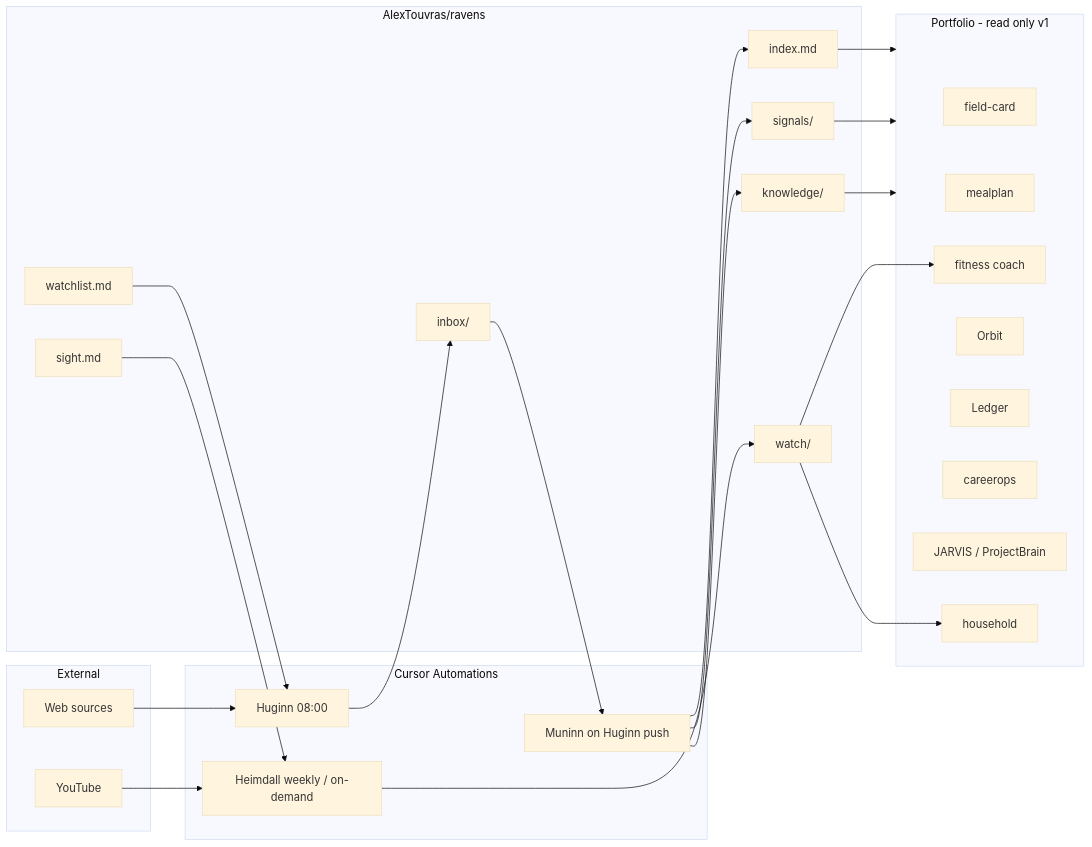
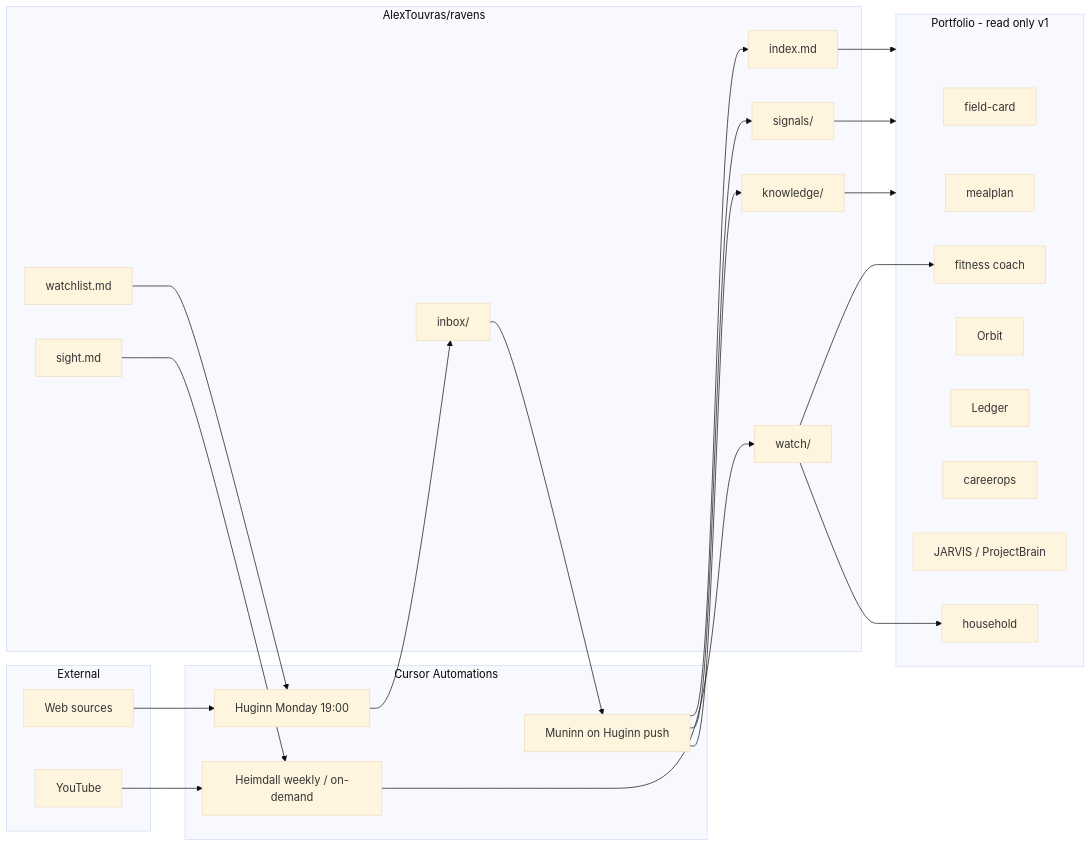
The first of 5 diagrams in docs/architecture/overview.md (AlexTouvras/ravens), drawn with Mermaid (base theme) before and after one commit. The commit also changed other lines of this file and 18 other files, not shown here.

````diff
--- a/docs/architecture/overview.md
+++ b/docs/architecture/overview.md
@@ -7,50 +7,50 @@
 ```mermaid
 flowchart LR
   subgraph sources [External]
     Web[Web sources]
     YT[YouTube]
   end
 
   subgraph ravens [AlexTouvras/ravens]
     WL[watchlist.md]
     Sight[sight.md]
     Inbox[inbox/]
     Know[knowledge/]
     Sig[signals/]
     Watch[watch/]
     Idx[index.md]
   end
 
   subgraph agents [Cursor Automations]
-    H[Huginn 08:00]
+    H[Huginn Monday 19:00]
     M[Muninn on Huginn push]
     D[Heimdall weekly / on-demand]
   end
 
   subgraph consumers [Portfolio - read only v1]
     FC[field-card]
     MP[mealplan]
     FT[fitness coach]
     OR[Orbit]
     LD[Ledger]
     CO[careerops]
     JV[JARVIS / ProjectBrain]
     HH[household]
   end
 
   WL --> H
   Web --> H
   H --> Inbox
   Inbox --> M
   M --> Know
   M --> Sig
   M --> Idx
   Sight --> D
   YT --> D
   D --> Watch
   Know --> consumers
   Sig --> consumers
   Watch --> FT
   Watch --> HH
   Idx --> consumers
 ```
````
